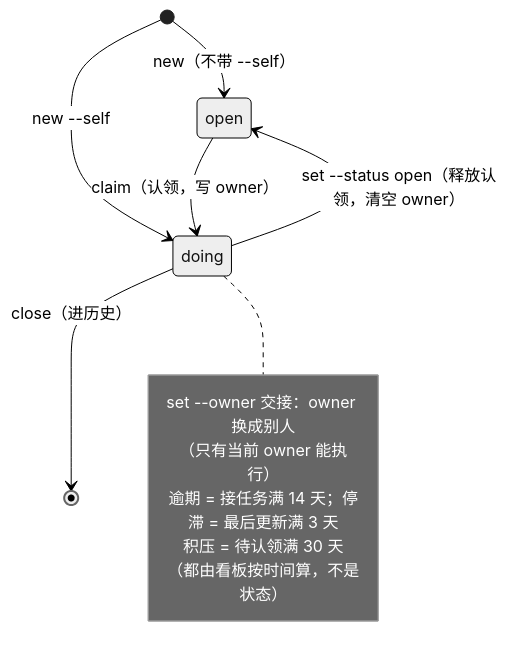
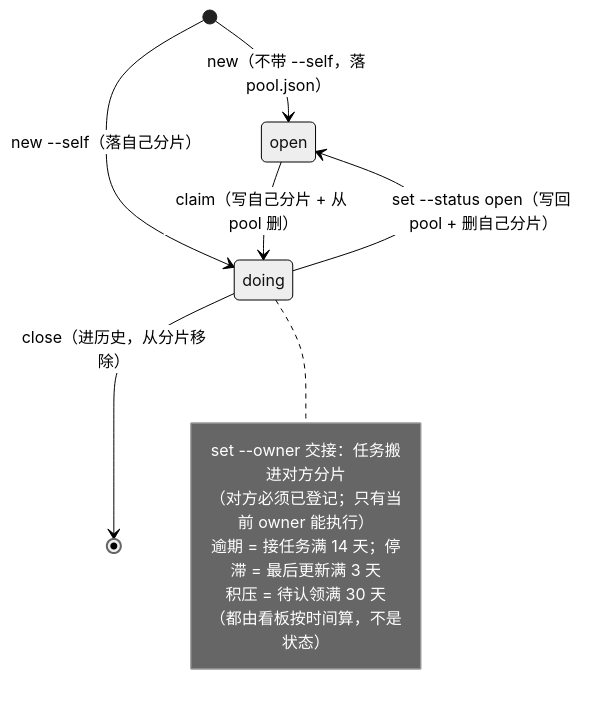
The second of 2 diagrams in packages/skill/README.md (cq-guojia/dsh-task-ledger), drawn with Mermaid (neutral theme) before and after one commit. The commit also changed other lines of this file and 14 other files, not shown here.

````diff
--- a/packages/skill/README.md
+++ b/packages/skill/README.md
@@ -195,15 +206,15 @@
 ```mermaid
 stateDiagram-v2
-    [*] --> open: new（不带 --self）
-    [*] --> doing: new --self
-    open --> doing: claim（认领，写 owner）
-    doing --> open: set --status open（释放认领，清空 owner）
-    doing --> [*]: close（进历史）
+    [*] --> open: new（不带 --self，落 pool.json）
+    [*] --> doing: new --self（落自己分片）
+    open --> doing: claim（写自己分片 + 从 pool 删）
+    doing --> open: set --status open（写回 pool + 删自己分片）
+    doing --> [*]: close（进历史，从分片移除）
     note right of doing
-        set --owner 交接：owner 换成别人
-        （只有当前 owner 能执行）
+        set --owner 交接：任务搬进对方分片
+        （对方必须已登记；只有当前 owner 能执行）
         逾期 = 接任务满 14 天；停滞 = 最后更新满 3 天
         积压 = 待认领满 30 天
         （都由看板按时间算，不是状态）
     end note
 ```
````
